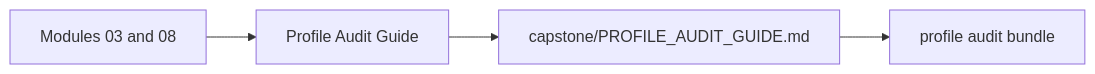
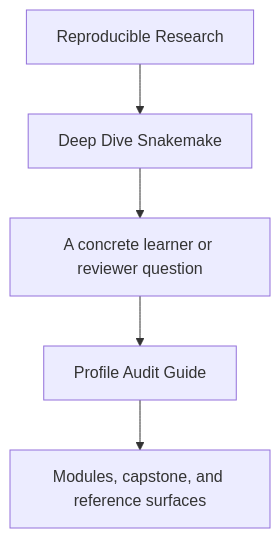
One commit to bijux/bijux-masterclass changed the first of 2 diagrams in programs/reproducible-research/deep-dive-snakemake/course-book/guides/profile-audit-guide.md. Above: the diagram before and after it, drawn with Mermaid. The commit also changed other lines of this file and 29 other files, not shown here.

Commit message:
docs(deep-dive-snakemake): sharpen guide and reference diagrams

````diff
--- a/programs/reproducible-research/deep-dive-snakemake/course-book/guides/profile-audit-guide.md
+++ b/programs/reproducible-research/deep-dive-snakemake/course-book/guides/profile-audit-guide.md
@@ -9,6 +9,7 @@
 ```mermaid
-graph LR
-  module["Modules 03 and 08"] --> guide["Profile Audit Guide"]
-  guide --> local["capstone/PROFILE_AUDIT_GUIDE.md"]
-  local --> bundle["profile audit bundle"]
+flowchart TD
+  family["Reproducible Research"] --> program["Deep Dive Snakemake"]
+  program --> pressure["A concrete learner or reviewer question"]
+  pressure --> guide["Profile Audit Guide"]
+  guide --> next["Modules, capstone, and reference surfaces"]
 ```
````
